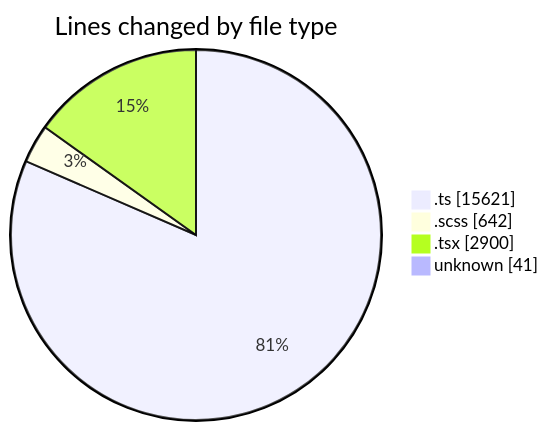
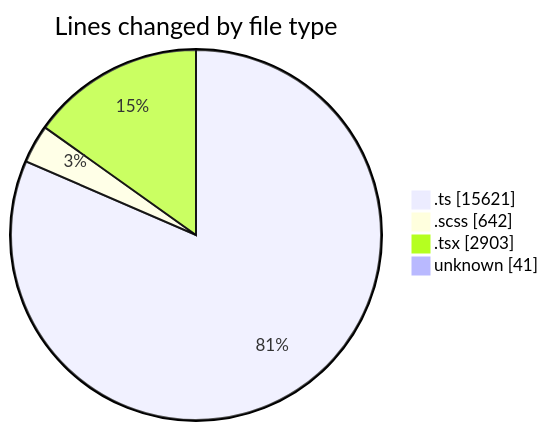
Before and after one commit to momahboobian/code-tracking: the first of 2 diagrams in 2025-08-27/cda/README.md, drawn with Mermaid. The commit also changed other lines of this file and 1 other file, not shown here.

````diff
--- a/2025-08-27/cda/README.md
+++ b/2025-08-27/cda/README.md
@@ -38,8 +38,8 @@
 ```mermaid
 pie showData
 title Lines changed by file type
 ".ts" : 15621
 ".scss" : 642
-".tsx" : 2900
+".tsx" : 2903
 "unknown" : 41
 ```
````
